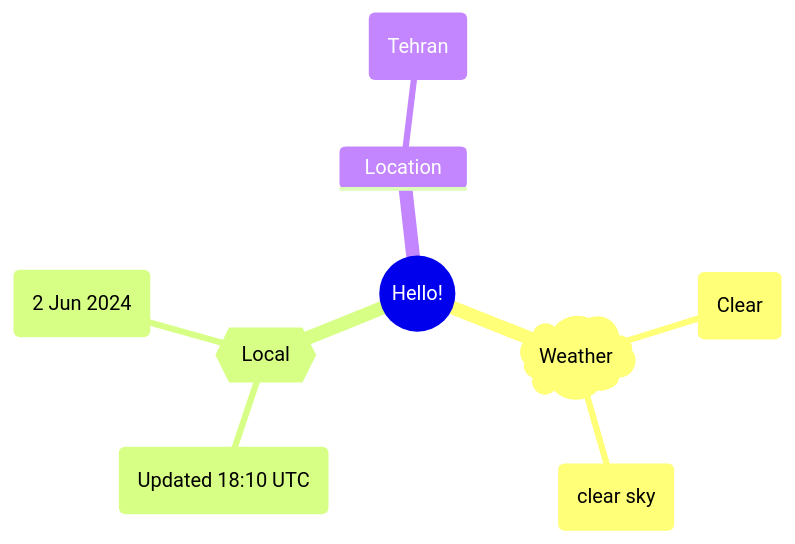
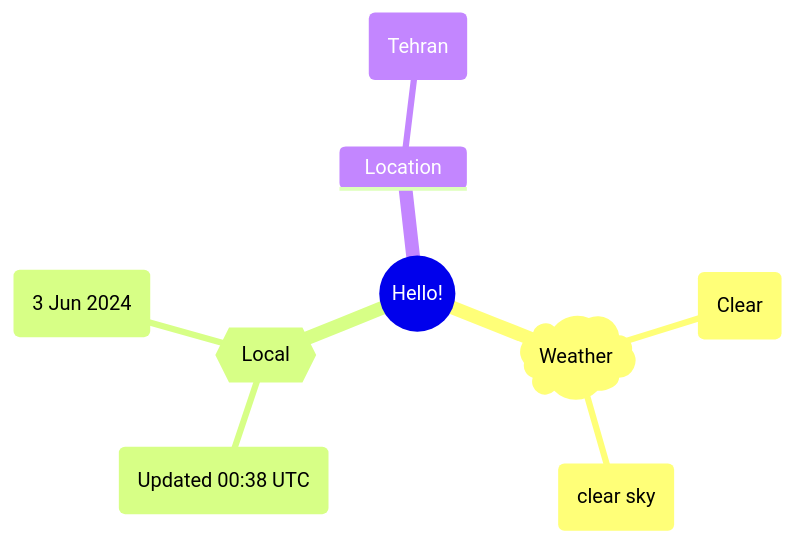
Before and after one commit to Xosrov/Xosrov: the first of 2 diagrams in README.md, drawn with Mermaid.

Commit message:
[bot] updated images

````diff
--- a/README.md
+++ b/README.md
@@ -3,12 +3,12 @@
 ```mermaid
 mindmap
   root((Hello!))
     )Weather(
         (Clear)
         (clear sky)
     {{Local}}
-        (Updated 18:10 UTC)
-        (2 Jun 2024)
+        (Updated 00:38 UTC)
+        (3 Jun 2024)
     Location
         (Tehran)
 ```
````
